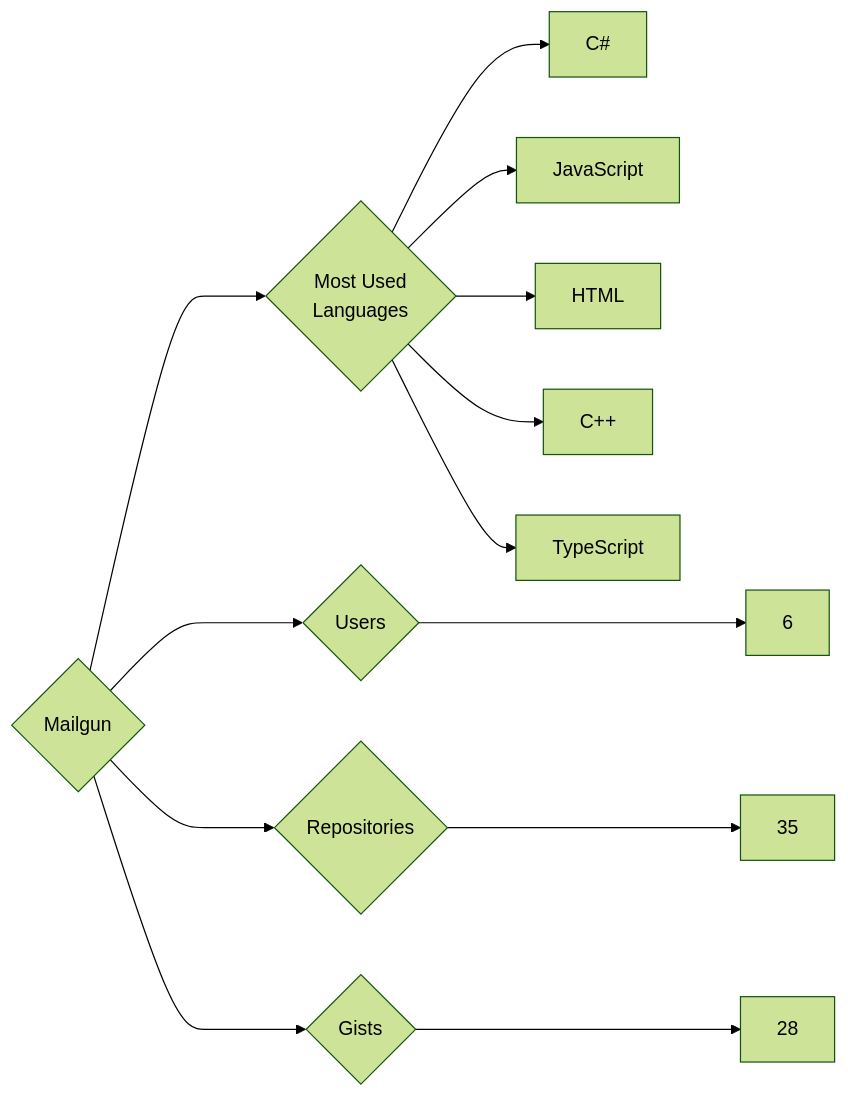
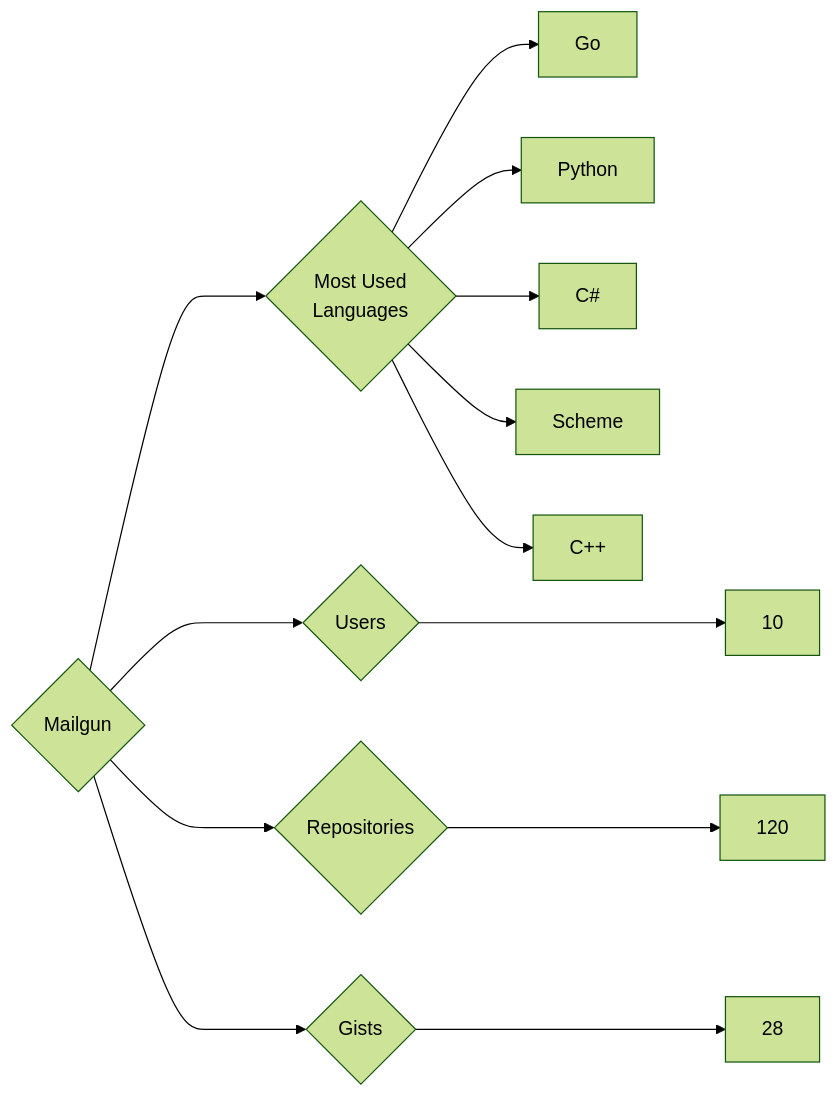
The diagram in targets/Mailgun/README.md (trickest/insiders), drawn with Mermaid (forest theme) before and after one commit. The commit also changed 912 other files, not shown here.

````diff
--- a/targets/Mailgun/README.md
+++ b/targets/Mailgun/README.md
@@ -3,13 +3,13 @@
 ```mermaid
 graph LR
 COMPANY_NAME{Mailgun}
-COMPANY_NAME ---> U{Users} ---> UN[6]
-COMPANY_NAME ---> R{Repositories} ---> RN[35]
+COMPANY_NAME ---> U{Users} ---> UN[10]
+COMPANY_NAME ---> R{Repositories} ---> RN[120]
 COMPANY_NAME ---> G{Gists} ---> GN[28]
 COMPANY_NAME ---> ML{Most Used<br>Languages}
+ML --> Go[Go]
+ML --> Python[Python]
 ML --> C#[C#]
-ML --> JavaScript[JavaScript]
-ML --> HTML[HTML]
+ML --> Scheme[Scheme]
 ML --> C++[C++]
-ML --> TypeScript[TypeScript]
 ```
````
